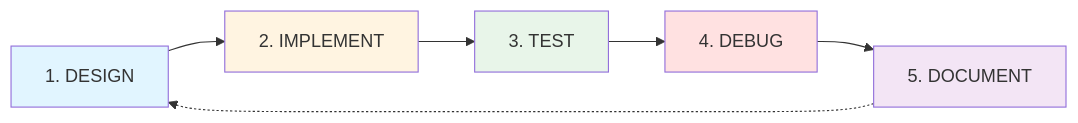
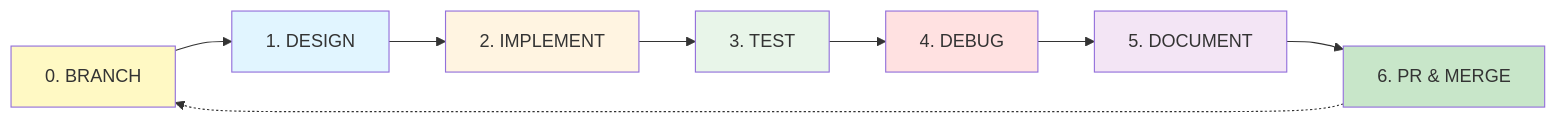
One commit to genezhang/clickgraph changed the first of 3 diagrams in DEVELOPMENT_PROCESS.md. Above: the diagram before and after it, drawn with Mermaid. The commit also changed other lines of this file and 1 other file, not shown here.

Commit message:
docs: add mandatory branch workflow and PR requirements (#14)

````diff
--- a/DEVELOPMENT_PROCESS.md
+++ b/DEVELOPMENT_PROCESS.md
@@ -13,13 +15,17 @@
 ```mermaid
 graph LR
-    A[1. DESIGN] --> B[2. IMPLEMENT]
-    B --> C[3. TEST]
-    C --> D[4. DEBUG]
-    D --> E[5. DOCUMENT]
-    E -.-> A
-    style A fill:#e1f5ff
-    style B fill:#fff4e1
-    style C fill:#e8f5e9
-    style D fill:#ffe1e1
-    style E fill:#f3e5f5
+    A[0. BRANCH] --> B[1. DESIGN]
+    B --> C[2. IMPLEMENT]
+    C --> D[3. TEST]
+    D --> E[4. DEBUG]
+    E --> F[5. DOCUMENT]
+    F --> G[6. PR & MERGE]
+    G -.-> A
+    style A fill:#fff9c4
+    style B fill:#e1f5ff
+    style C fill:#fff4e1
+    style D fill:#e8f5e9
+    style E fill:#ffe1e1
+    style F fill:#f3e5f5
+    style G fill:#c8e6c9
 ```
````
